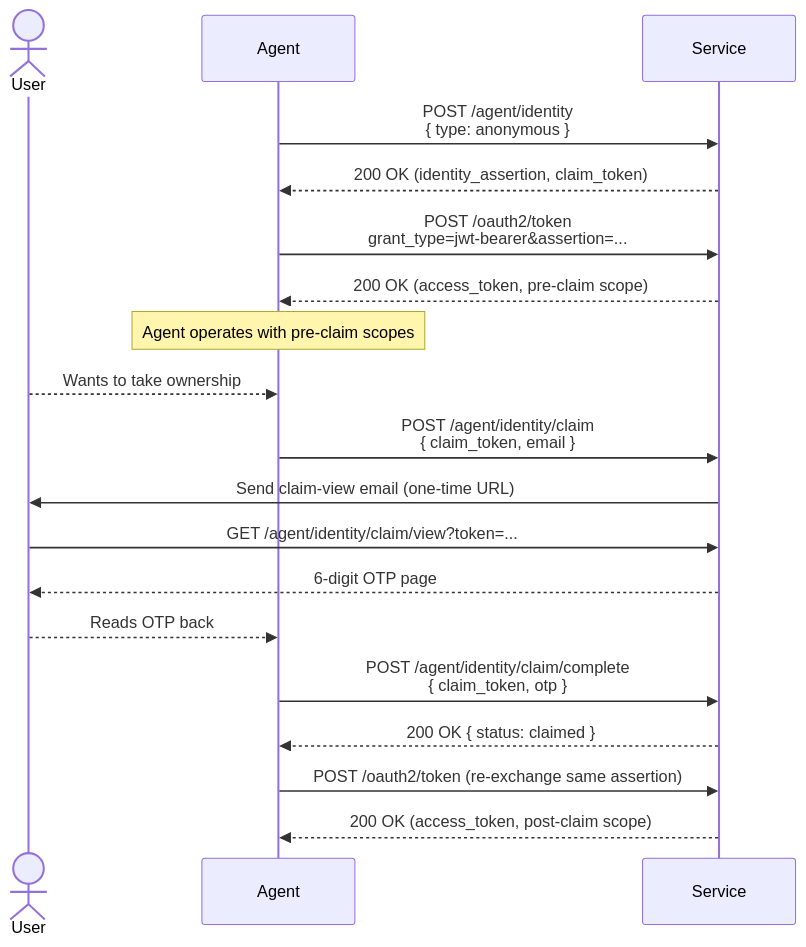
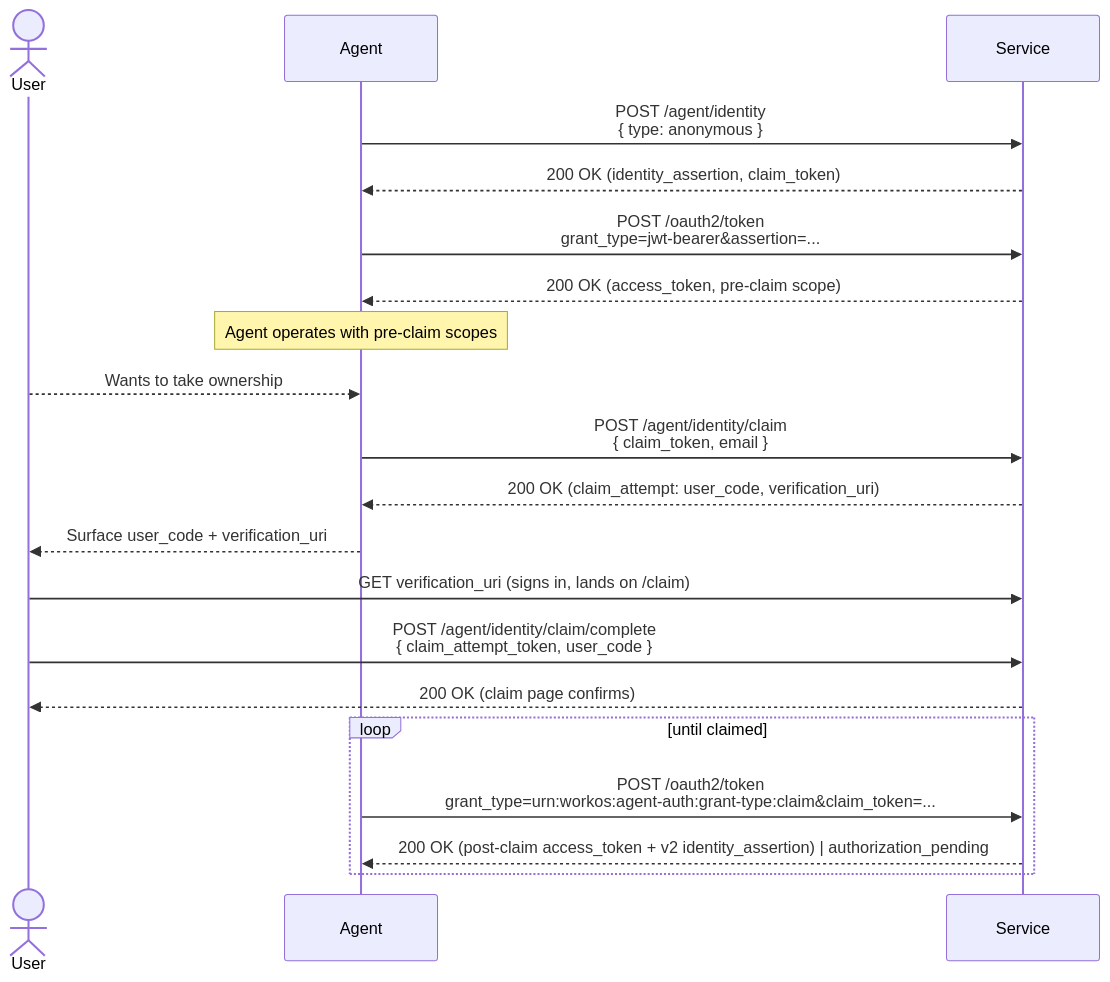
The second of 3 diagrams in agent-services/README.md (timothybrush/auth.md), drawn with Mermaid before and after one commit. The commit also changed other lines of this file and 17 other files, not shown here.

First line of the commit message:
Swap claim flow to RFC 8628-shaped user_code handoff + claim grant

````diff
--- a/agent-services/README.md
+++ b/agent-services/README.md
@@ -52,24 +52,26 @@
 ```mermaid
 sequenceDiagram
     actor User
     participant Agent
     participant Service
 
     Agent->>Service: POST /agent/identity<br/>{ type: anonymous }
     Service-->>Agent: 200 OK (identity_assertion, claim_token)
     Agent->>Service: POST /oauth2/token<br/>grant_type=jwt-bearer&assertion=...
     Service-->>Agent: 200 OK (access_token, pre-claim scope)
 
     Note over Agent: Agent operates with pre-claim scopes
 
     User-->>Agent: Wants to take ownership
     Agent->>Service: POST /agent/identity/claim<br/>{ claim_token, email }
-    Service->>User: Send claim-view email (one-time URL)
-    User->>Service: GET /agent/identity/claim/view?token=...
-    Service-->>User: 6-digit OTP page
-    User-->>Agent: Reads OTP back
-    Agent->>Service: POST /agent/identity/claim/complete<br/>{ claim_token, otp }
-    Service-->>Agent: 200 OK { status: claimed }
-    Agent->>Service: POST /oauth2/token (re-exchange same assertion)
-    Service-->>Agent: 200 OK (access_token, post-claim scope)
+    Service-->>Agent: 200 OK (claim_attempt: user_code, verification_uri)
+    Agent-->>User: Surface user_code + verification_uri
+    User->>Service: GET verification_uri (signs in, lands on /claim)
+    User->>Service: POST /agent/identity/claim/complete<br/>{ claim_attempt_token, user_code }
+    Service-->>User: 200 OK (claim page confirms)
+
+    loop until claimed
+      Agent->>Service: POST /oauth2/token<br/>grant_type=urn:workos:agent-auth:grant-type:claim&claim_token=...
+      Service-->>Agent: 200 OK (post-claim access_token + v2 identity_assertion) | authorization_pending
+    end
 ```
````
